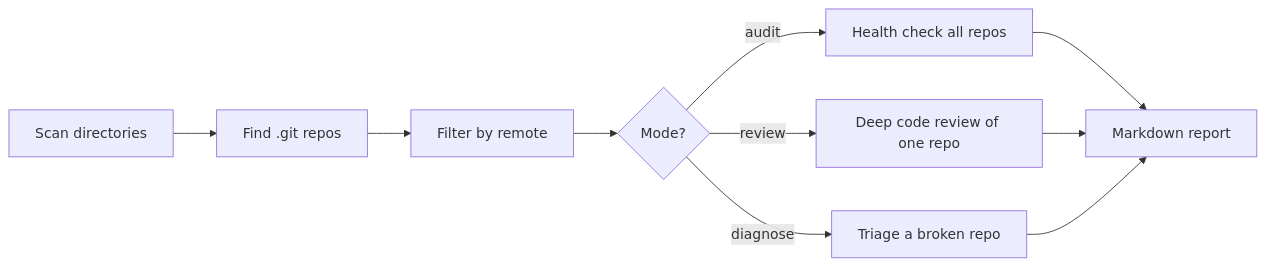
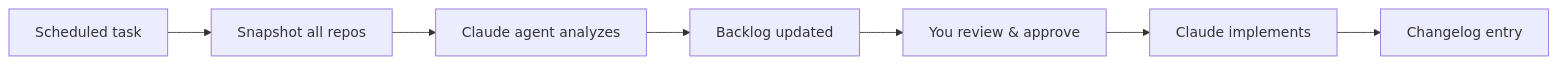
One commit to numarulunu/claude-tool-auditor changed the first of 3 diagrams in README.md. Above: the diagram before and after it, drawn with Mermaid. The commit also changed other lines of this file, not shown here.

````diff
--- a/README.md
+++ b/README.md
@@ -22,12 +22,9 @@
 ```mermaid
 flowchart LR
-    A[Scan directories] --> B[Find .git repos]
-    B --> C[Filter by remote]
-    C --> D{Mode?}
-    D -->|audit| E[Health check all repos]
-    D -->|review| F[Deep code review of one repo]
-    D -->|diagnose| G[Triage a broken repo]
-    E --> H[Markdown report]
-    F --> H
-    G --> H
+    A[Scheduled task] --> B[Snapshot all repos]
+    B --> C[Claude agent analyzes]
+    C --> D[Backlog updated]
+    D --> E[You review & approve]
+    E --> F[Claude implements]
+    F --> G[Changelog entry]
 ```
````
